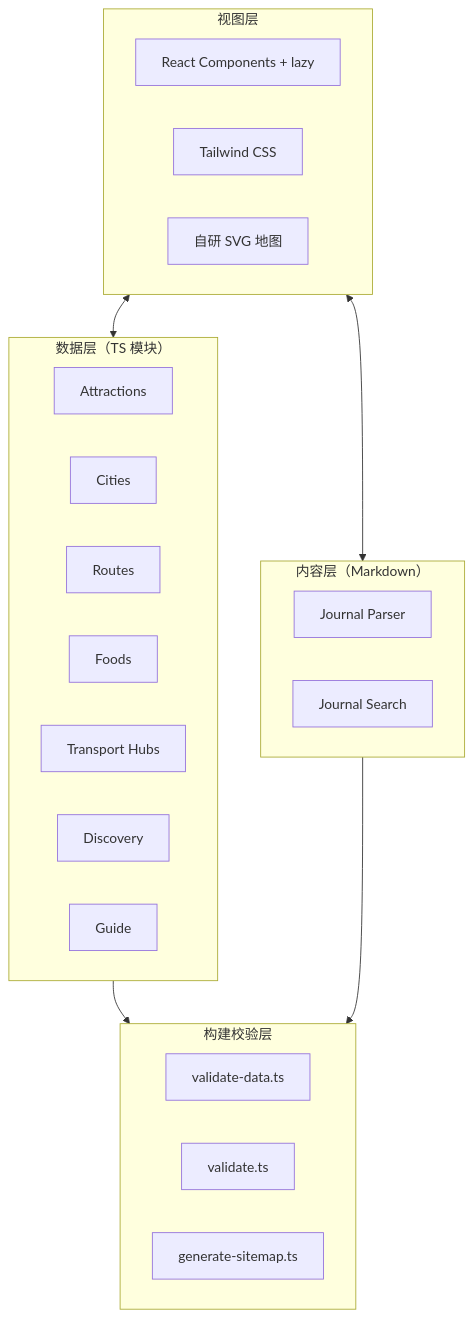
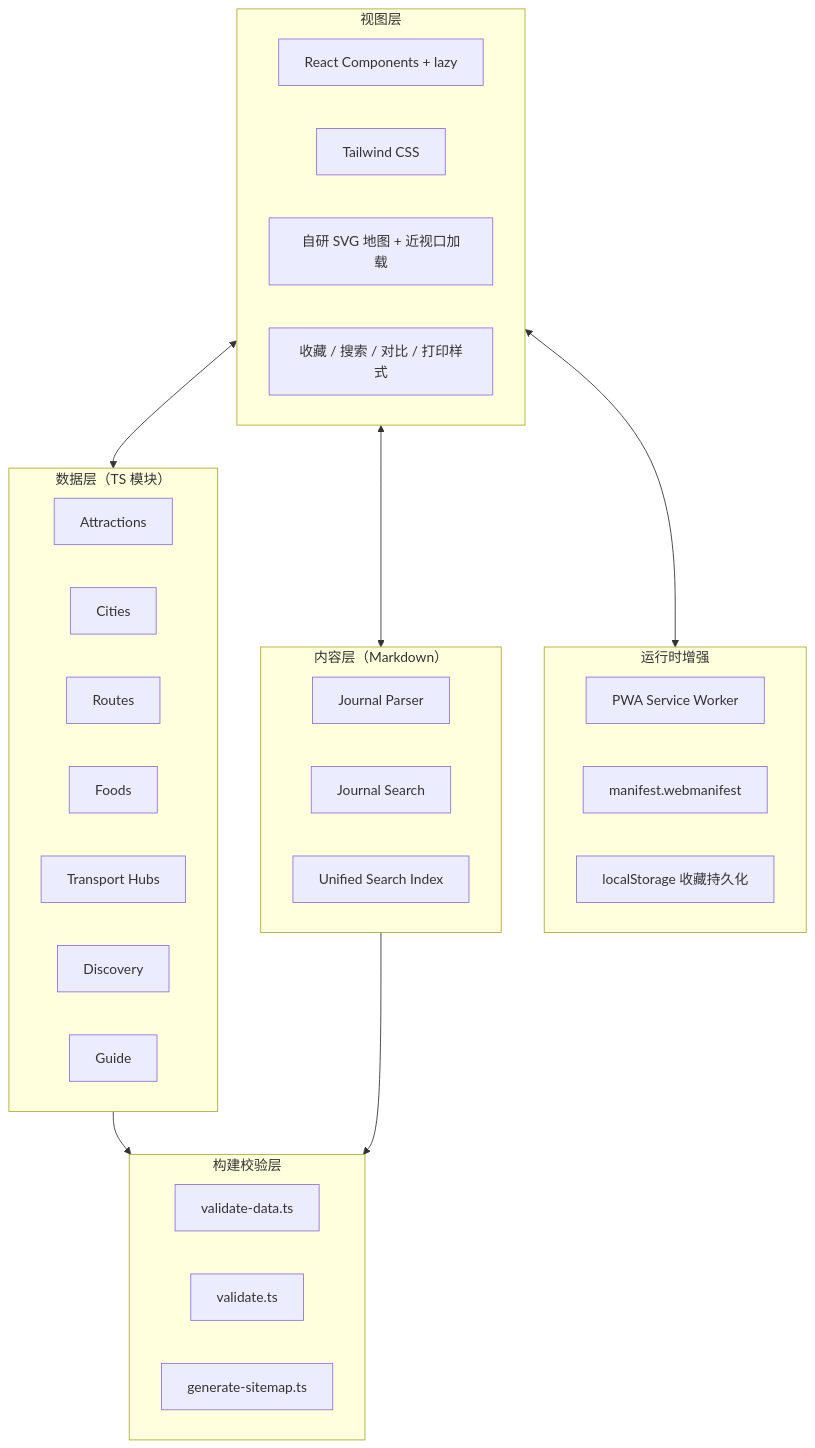
Before and after one commit to Minkelxy/ningxia-tourism: the first of 2 diagrams in docs/product/宁夏旅游地图技术架构.md, drawn with Mermaid. The commit also changed other lines of this file and 9 other files, not shown here.

````diff
--- a/docs/product/宁夏旅游地图技术架构.md
+++ b/docs/product/宁夏旅游地图技术架构.md
@@ -9,34 +9,43 @@
 ```mermaid
 flowchart TB
     subgraph ViewLayer["视图层"]
         A[React Components + lazy]
         B[Tailwind CSS]
-        C[自研 SVG 地图]
+        C[自研 SVG 地图 + 近视口加载]
+        C2[收藏 / 搜索 / 对比 / 打印样式]
+    end
+
+    subgraph Runtime["运行时增强"]
+        P[PWA Service Worker]
+        Q[manifest.webmanifest]
+        R[localStorage 收藏持久化]
     end
 
     subgraph DataLayer["数据层（TS 模块）"]
         D[Attractions]
         E[Cities]
         F[Routes]
         G[Foods]
         H[Transport Hubs]
         I[Discovery]
         J[Guide]
     end
 
     subgraph ContentLayer["内容层（Markdown）"]
         K[Journal Parser]
         L[Journal Search]
+        M[Unified Search Index]
     end
 
     subgraph BuildGate["构建校验层"]
-        M[validate-data.ts]
-        N[validate.ts]
-        O[generate-sitemap.ts]
+        N[validate-data.ts]
+        O[validate.ts]
+        P2[generate-sitemap.ts]
     end
 
     ViewLayer <--> DataLayer
     ViewLayer <--> ContentLayer
+    ViewLayer <--> Runtime
     DataLayer --> BuildGate
     ContentLayer --> BuildGate
 ```
````
